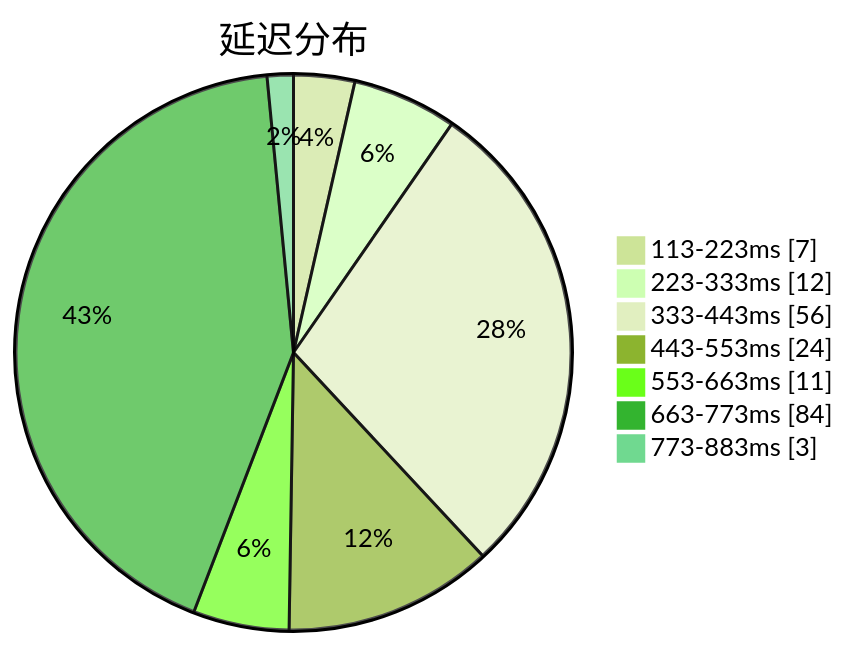
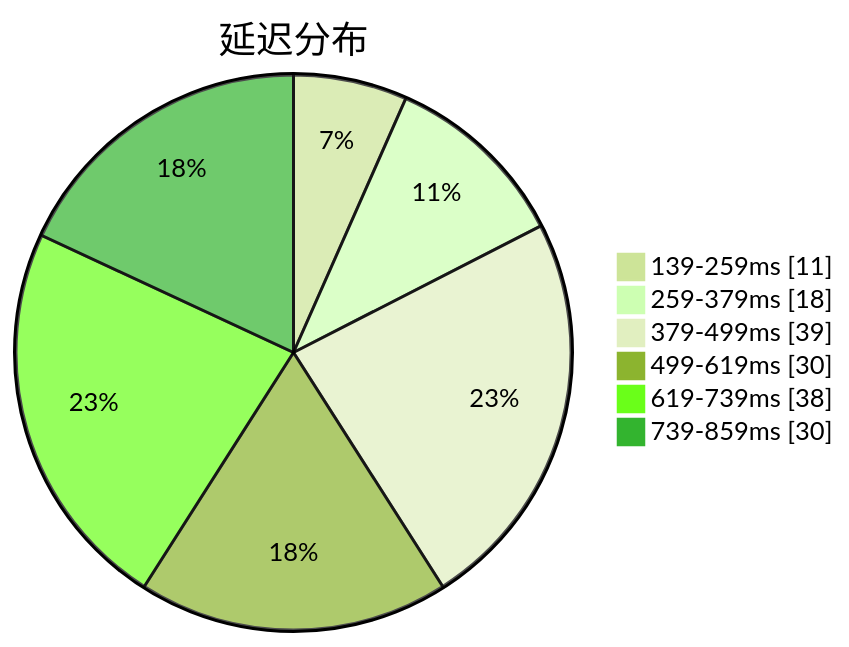
One commit to sinspired/airport changed the first of 3 diagrams in subs/statistics/tested_within.md. Above: the diagram before and after it, drawn with Mermaid (forest theme). The commit also changed other lines of this file and 2 other files, not shown here.

````diff
--- a/subs/statistics/tested_within.md
+++ b/subs/statistics/tested_within.md
@@ -2,11 +2,10 @@
 ```mermaid
 pie showData
 title 延迟分布
-"113-223ms" : 7
-"223-333ms" : 12
-"333-443ms" : 56
-"443-553ms" : 24
-"553-663ms" : 11
-"663-773ms" : 84
-"773-883ms" : 3
+"139-259ms" : 11
+"259-379ms" : 18
+"379-499ms" : 39
+"499-619ms" : 30
+"619-739ms" : 38
+"739-859ms" : 30
 ```
````
